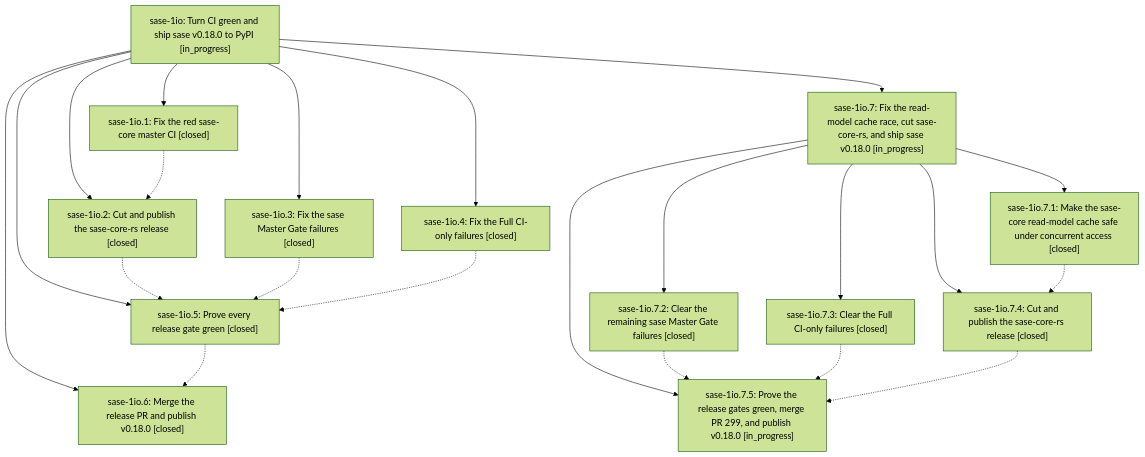
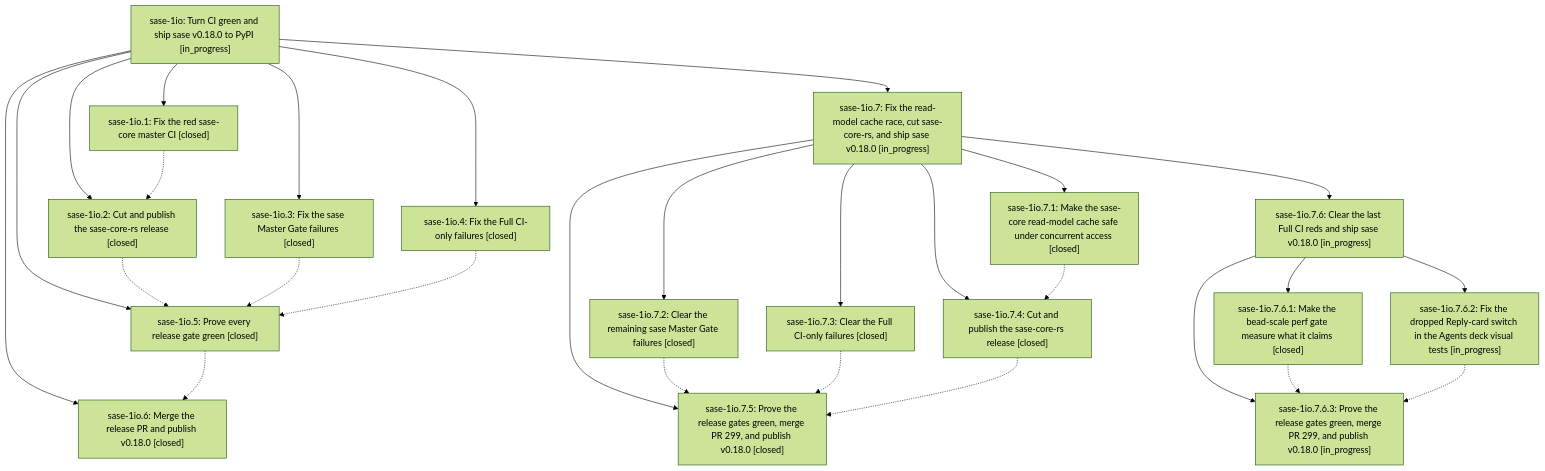
One commit to sase-org/sase--beads changed the diagram in pages/sase-1io/README.md. Above: the diagram before and after it, drawn with Mermaid (forest theme). The commit also changed other lines of this file and 9 other files, not shown here.

First line of the commit message:
chore(beads): sync bead state and pages for sase-1io

````diff
--- a/pages/sase-1io/README.md
+++ b/pages/sase-1io/README.md
@@ -45,37 +45,47 @@
 ```mermaid
 flowchart TD
     n0["sase-1io: Turn CI green and ship sase v0.18.0 to PyPI [in_progress]"]
     n1["sase-1io.1: Fix the red sase-core master CI [closed]"]
     n2["sase-1io.2: Cut and publish the sase-core-rs release [closed]"]
     n3["sase-1io.3: Fix the sase Master Gate failures [closed]"]
     n4["sase-1io.4: Fix the Full CI-only failures [closed]"]
     n5["sase-1io.5: Prove every release gate green [closed]"]
     n6["sase-1io.6: Merge the release PR and publish v0.18.0 [closed]"]
     n7["sase-1io.7: Fix the read-model cache race, cut sase-core-rs, and ship sase v0.18.0 [in_progress]"]
     n8["sase-1io.7.1: Make the sase-core read-model cache safe under concurrent access [closed]"]
     n9["sase-1io.7.2: Clear the remaining sase Master Gate failures [closed]"]
     n10["sase-1io.7.3: Clear the Full CI-only failures [closed]"]
     n11["sase-1io.7.4: Cut and publish the sase-core-rs release [closed]"]
-    n12["sase-1io.7.5: Prove the release gates green, merge PR 299, and publish v0.18.0 [in_progress]"]
+    n12["sase-1io.7.5: Prove the release gates green, merge PR 299, and publish v0.18.0 [closed]"]
+    n13["sase-1io.7.6: Clear the last Full CI reds and ship sase v0.18.0 [in_progress]"]
+    n14["sase-1io.7.6.1: Make the bead-scale perf gate measure what it claims [closed]"]
+    n15["sase-1io.7.6.2: Fix the dropped Reply-card switch in the Agents deck visual tests [in_progress]"]
+    n16["sase-1io.7.6.3: Prove the release gates green, merge PR 299, and publish v0.18.0 [in_progress]"]
     n0 --> n1
     n0 --> n2
     n0 --> n3
     n0 --> n4
     n0 --> n5
     n0 --> n6
     n0 --> n7
     n7 --> n8
     n7 --> n9
     n7 --> n10
     n7 --> n11
     n7 --> n12
+    n7 --> n13
+    n13 --> n14
+    n13 --> n15
+    n13 --> n16
     n1 -.-> n2
     n2 -.-> n5
     n3 -.-> n5
     n4 -.-> n5
     n5 -.-> n6
     n8 -.-> n11
     n9 -.-> n12
     n10 -.-> n12
     n11 -.-> n12
+    n14 -.-> n16
+    n15 -.-> n16
 ```
````
